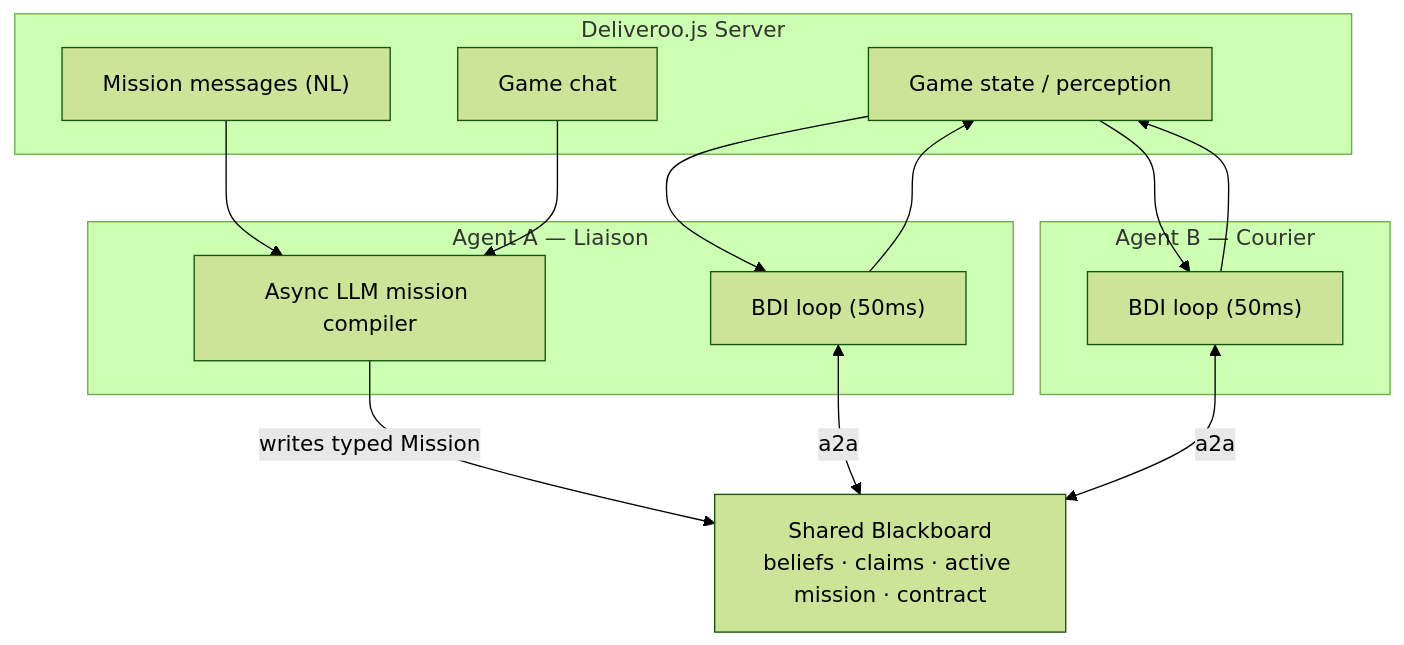
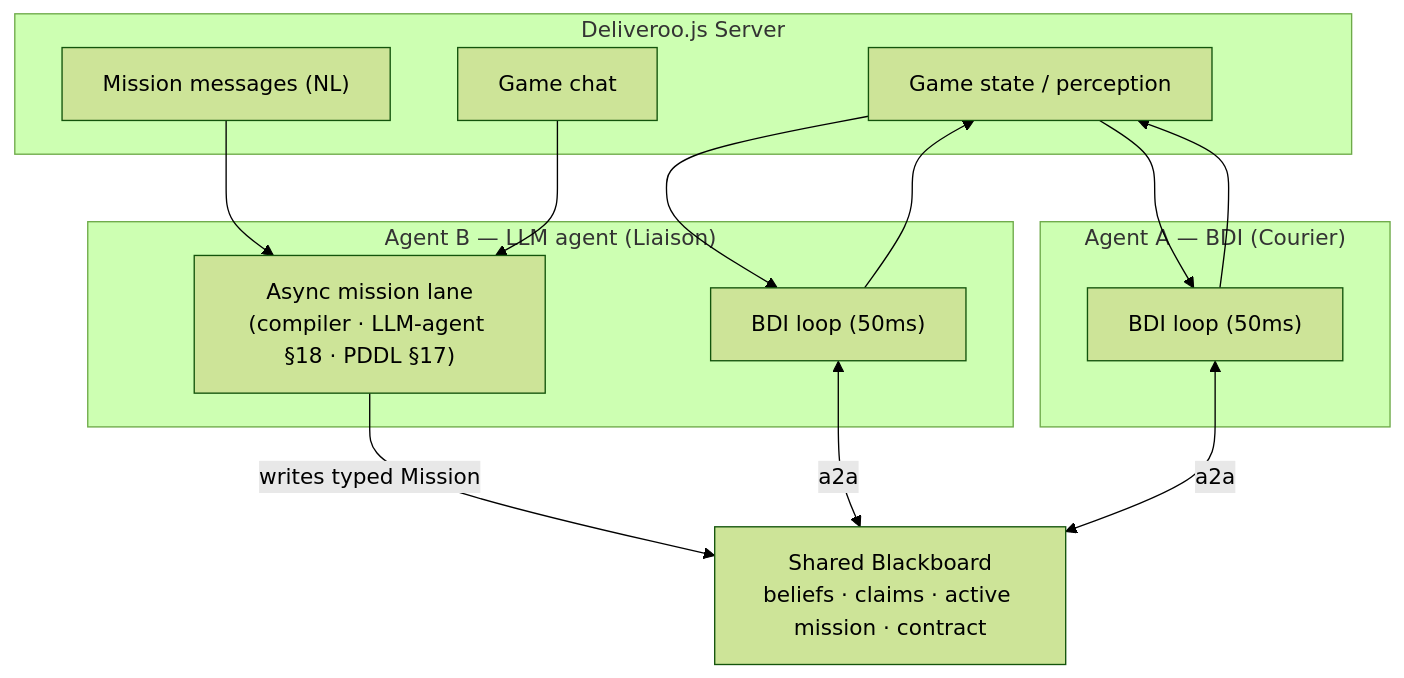
The first of 16 diagrams in DESIGN.md (andreolli-davide/fent4u), drawn with Mermaid (forest theme) before and after one commit. The commit also changed other lines of this file, not shown here.

First line of the commit message:
docs(design): v1.10 — LLM-agent back-end and dual-mode planning

````diff
--- a/DESIGN.md
+++ b/DESIGN.md
@@ -34,29 +36,29 @@
 ```mermaid
 flowchart TB
     subgraph Server["Deliveroo.js Server"]
         GAME["Game state / perception"]
         MSG["Mission messages (NL)"]
         CHAT["Game chat"]
     end
 
-    subgraph Liaison["Agent A — Liaison"]
+    subgraph Liaison["Agent B — LLM agent (Liaison)"]
         LBDI["BDI loop (50ms)"]
-        LLM["Async LLM mission compiler"]
+        LLM["Async mission lane<br/>(compiler · LLM-agent §18 · PDDL §17)"]
     end
 
-    subgraph Courier["Agent B — Courier"]
+    subgraph Courier["Agent A — BDI (Courier)"]
         CBDI["BDI loop (50ms)"]
     end
 
     BB["Shared Blackboard<br/>beliefs · claims · active mission · contract"]
 
     GAME --> LBDI
     GAME --> CBDI
     MSG --> LLM
     CHAT --> LLM
     LLM -->|writes typed Mission| BB
     LBDI <-->|a2a| BB
     CBDI <-->|a2a| BB
     LBDI --> GAME
     CBDI --> GAME
 ```
````
